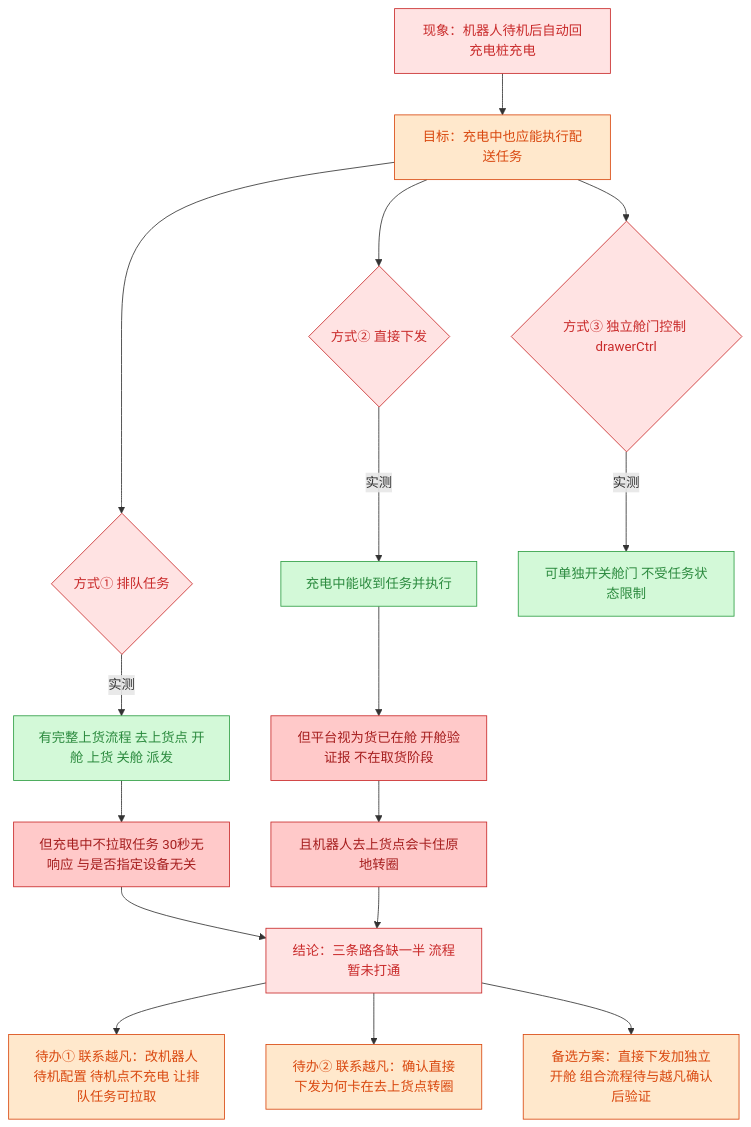
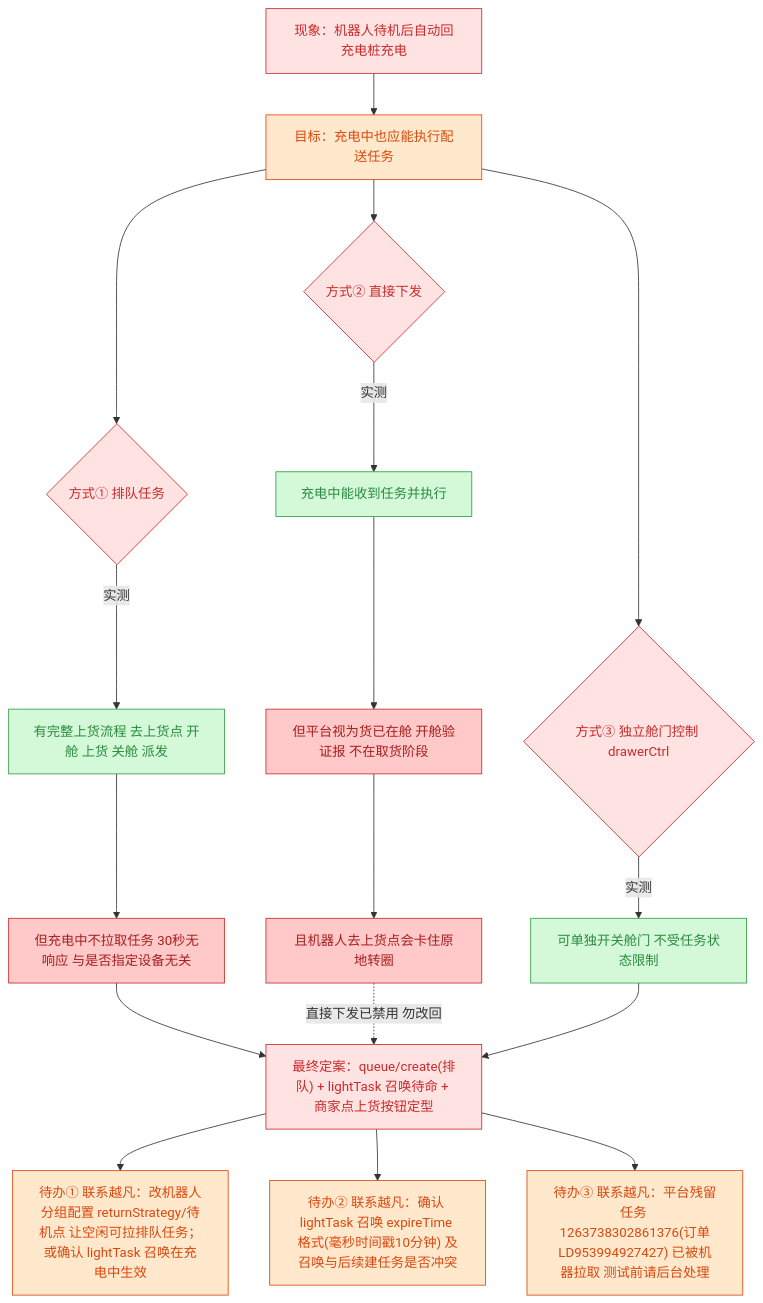
The third of 3 diagrams in 逻辑树/树/流程与算法.md (VesselPaper/lingdong-delivery-miniprogram), drawn with Mermaid before and after one commit. The commit also changed other lines of this file and 14 other files, not shown here.

````diff
--- a/逻辑树/树/流程与算法.md
+++ b/逻辑树/树/流程与算法.md
@@ -141,24 +170,25 @@
 ```mermaid
 flowchart TB
     T1["现象：机器人待机后自动回充电桩充电"]:::dec
     T1 --> T2["目标：充电中也应能执行配送任务"]:::mer
     T2 --> T3{"方式① 排队任务"}:::dec
     T3 -->|实测| T4["有完整上货流程 去上货点 开舱 上货 关舱 派发"]:::bot
     T4 --> T5["但充电中不拉取任务 30秒无响应 与是否指定设备无关"]:::err
     T2 --> T6{"方式② 直接下发"}:::dec
     T6 -->|实测| T7["充电中能收到任务并执行"]:::bot
     T7 --> T8["但平台视为货已在舱 开舱验证报 不在取货阶段"]:::err
     T8 --> T9["且机器人去上货点会卡住原地转圈"]:::err
     T2 --> T10{"方式③ 独立舱门控制 drawerCtrl"}:::dec
     T10 -->|实测| T11["可单独开关舱门 不受任务状态限制"]:::bot
-    T5 --> T12["结论：三条路各缺一半 流程暂未打通"]:::dec
-    T9 --> T12
-    T12 --> T13["待办① 联系越凡：改机器人待机配置 待机点不充电 让排队任务可拉取"]:::mer
-    T12 --> T14["待办② 联系越凡：确认直接下发为何卡在去上货点转圈"]:::mer
-    T12 --> T15["备选方案：直接下发加独立开舱 组合流程待与越凡确认后验证"]:::mer
+    T5 --> T12["最终定案：queue/create(排队) + lightTask 召唤待命 + 商家点上货按钮定型"]:::dec
+    T9 -.->|"直接下发已禁用 勿改回"| T12
+    T11 --> T12
+    T12 --> T13["待办① 联系越凡：改机器人分组配置 returnStrategy/待机点 让空闲可拉排队任务；或确认 lightTask 召唤在充电中生效"]:::mer
+    T12 --> T14["待办② 联系越凡：确认 lightTask 召唤 expireTime 格式(毫秒时间戳10分钟) 及召唤与后续建任务是否冲突"]:::mer
+    T12 --> T15["待办③ 联系越凡：平台残留任务 1263738302861376(订单LD953994927427) 已被机器拉取 测试前请后台处理"]:::mer
     classDef user fill:#e7f5ff,stroke:#1971c2,color:#1864ab;
     classDef mer fill:#ffe8cc,stroke:#d9480f,color:#d9480f;
     classDef bot fill:#d3f9d8,stroke:#2f9e44,color:#2b8a3e;
     classDef dec fill:#ffe3e3,stroke:#c92a2a,color:#c92a2a;
     classDef err fill:#ffc9c9,stroke:#c92a2a,color:#a61e1e;
 ```
````
